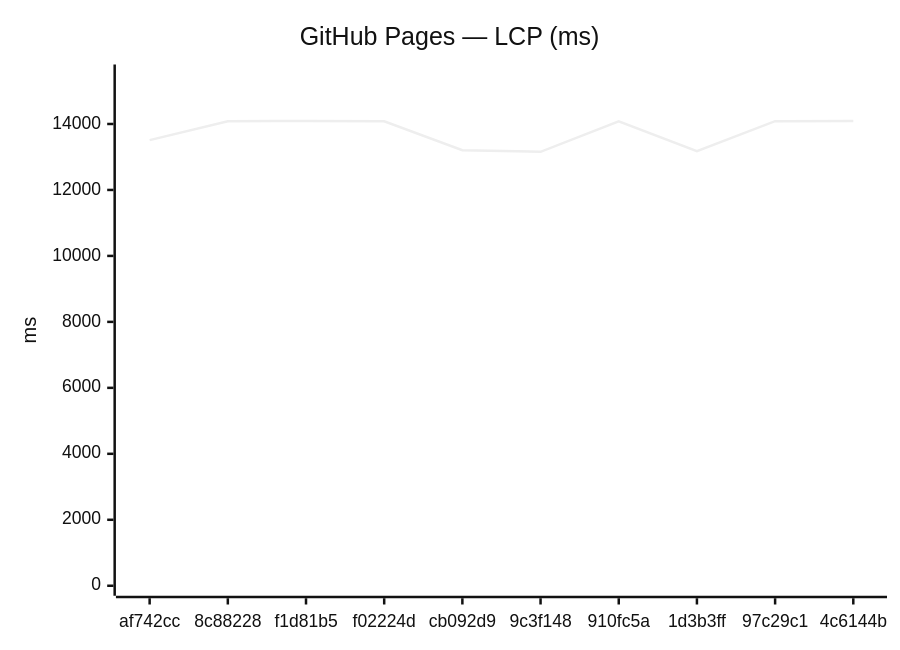
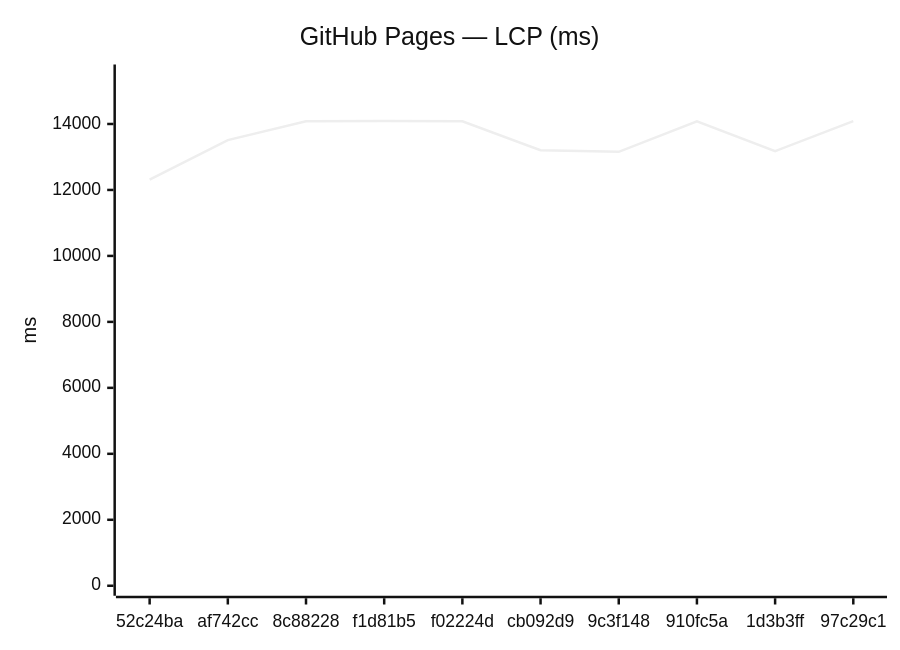
One commit to Metaheurist/Rianell changed the third of 18 diagrams in benchmarks/compare.md. Above: the diagram before and after it, drawn with Mermaid (neutral theme). The commit also changed other lines of this file and 11 other files, not shown here.

````diff
--- a/benchmarks/compare.md
+++ b/benchmarks/compare.md
@@ -54,7 +54,7 @@
 ```mermaid
 xychart-beta
     title "GitHub Pages — LCP (ms)"
-    x-axis ["af742cc", "8c88228", "f1d81b5", "f02224d", "cb092d9", "9c3f148", "910fc5a", "1d3b3ff", "97c29c1", "4c6144b"]
+    x-axis ["52c24ba", "af742cc", "8c88228", "f1d81b5", "f02224d", "cb092d9", "9c3f148", "910fc5a", "1d3b3ff", "97c29c1"]
     y-axis "ms" 0 --> 15500
-    line [13510, 14082, 14090, 14084, 13204, 13156, 14081, 13177, 14085, 14088]
+    line [12313, 13510, 14082, 14090, 14084, 13204, 13156, 14081, 13177, 14085]
 ```
````
